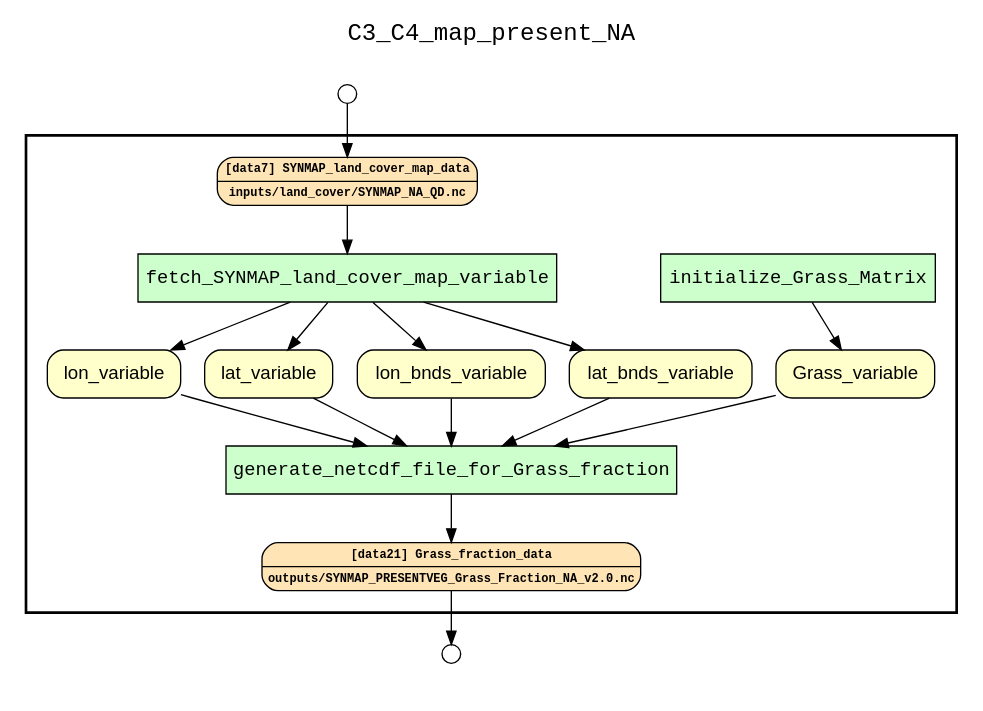
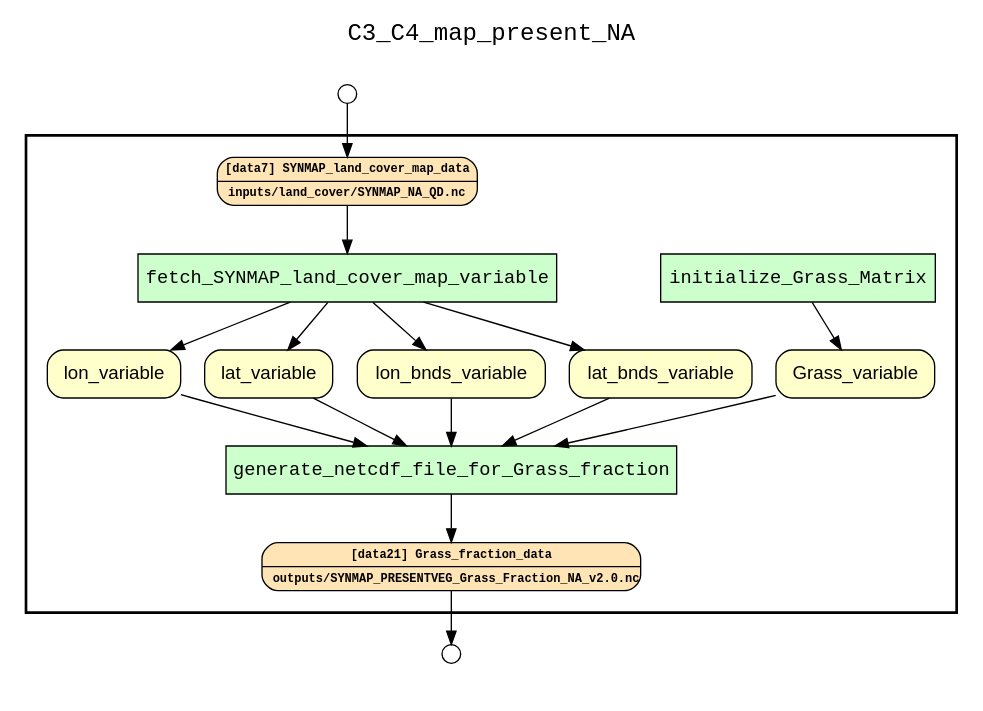
The diagram in examples/C3C4/results/wf_recon_upstream_of_Grass_fraction_data.gv (idaks/dataone-ahm-2016-poster), drawn with Graphviz before and after one commit. The commit also changed 26 other files, not shown here.

```diff
--- a/examples/C3C4/results/wf_recon_upstream_of_Grass_fraction_data.gv
+++ b/examples/C3C4/results/wf_recon_upstream_of_Grass_fraction_data.gv
@@ -1,49 +1,49 @@
 
 digraph yw_data_view {
 rankdir=TB
 fontname=Courier; fontsize=18; labelloc=t
 label="C3_C4_map_present_NA"
 subgraph cluster_workflow { label=""; color=black; penwidth=2
 subgraph cluster_workflow_inner { label=""; color=white
 node[shape=box style="filled" fillcolor="#CCFFCC" peripheries=1 fontname=Courier]
 initialize_Grass_Matrix
 fetch_SYNMAP_land_cover_map_variable
 generate_netcdf_file_for_Grass_fraction
 node[shape=box style="filled" fillcolor="#CCFFCC" peripheries=1 fontname=Courier]
 node[shape=box style="rounded,filled" fillcolor="#FFFFCC" peripheries=1 fontname=Helvetica]
 lon_variable
 lat_variable
 lon_bnds_variable
 lat_bnds_variable
 Grass_variable
 node[shape=box style="rounded,filled" fillcolor="#FFE4B5" peripheries=1 fontname="Courier-Bold" fontsize=9]
-SYNMAP_land_cover_map_data[shape=record rankdir=LR label="{<f0> [data7] SYNMAP_land_cover_map_data |<f1>inputs/land_cover/SYNMAP_NA_QD.nc\n}"]
+SYNMAP_land_cover_map_data[shape=record rankdir=LR label="{<f0> [data7] SYNMAP_land_cover_map_data |<f1>inputs/land_cover/SYNMAP_NA_QD.nc\l}"]
 node[shape=box style="rounded,filled" fillcolor="#FFE4B5" peripheries=1 fontname="Courier-Bold" fontsize=9]
-Grass_fraction_data[shape=record rankdir=LR label="{<f0> [data21] Grass_fraction_data |<f1>outputs/SYNMAP_PRESENTVEG_Grass_Fraction_NA_v2.0.nc\n}"]
+Grass_fraction_data[shape=record rankdir=LR label="{<f0> [data21] Grass_fraction_data |<f1>outputs/SYNMAP_PRESENTVEG_Grass_Fraction_NA_v2.0.nc\l}"]
 node[shape=box style="rounded,filled" fillcolor="#FFFFFF" peripheries=1 fontname=Helvetica]
 }}
 subgraph cluster_inflows { label=""; color=white; penwidth=2
 subgraph cluster_inflows_inner { label=""; color=white
 node[shape=circle fillcolor="#FFFFFF" peripheries=1 width=0.2]
 SYNMAP_land_cover_map_data_inflow [label=""]
 }}
 subgraph cluster_outflows { label=""; color=white; penwidth=2
 subgraph cluster_outflows_inner { label=""; color=white
 node[shape=circle fillcolor="#FFFFFF" peripheries=1 width=0.2]
 Grass_fraction_data_outflow [label=""]
 }}
 Grass_variable -> generate_netcdf_file_for_Grass_fraction
 lat_bnds_variable -> generate_netcdf_file_for_Grass_fraction
 lon_bnds_variable -> generate_netcdf_file_for_Grass_fraction
 lat_variable -> generate_netcdf_file_for_Grass_fraction
 lon_variable -> generate_netcdf_file_for_Grass_fraction
 SYNMAP_land_cover_map_data -> fetch_SYNMAP_land_cover_map_variable
 fetch_SYNMAP_land_cover_map_variable -> lon_variable
 fetch_SYNMAP_land_cover_map_variable -> lat_variable
 fetch_SYNMAP_land_cover_map_variable -> lon_bnds_variable
 fetch_SYNMAP_land_cover_map_variable -> lat_bnds_variable
 initialize_Grass_Matrix -> Grass_variable
 generate_netcdf_file_for_Grass_fraction -> Grass_fraction_data
 SYNMAP_land_cover_map_data_inflow -> SYNMAP_land_cover_map_data
 Grass_fraction_data -> Grass_fraction_data_outflow
 }
```
